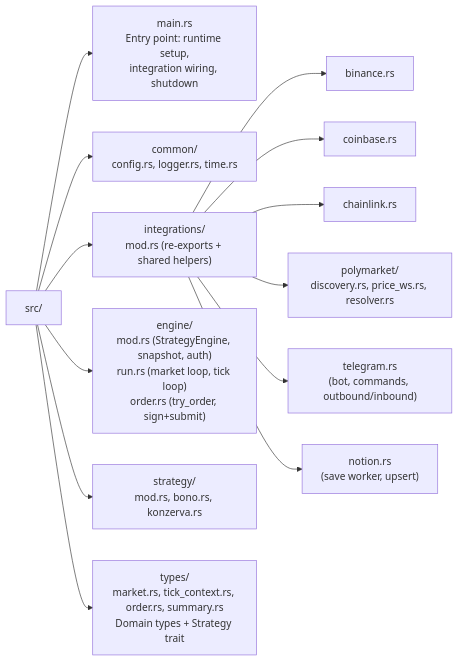
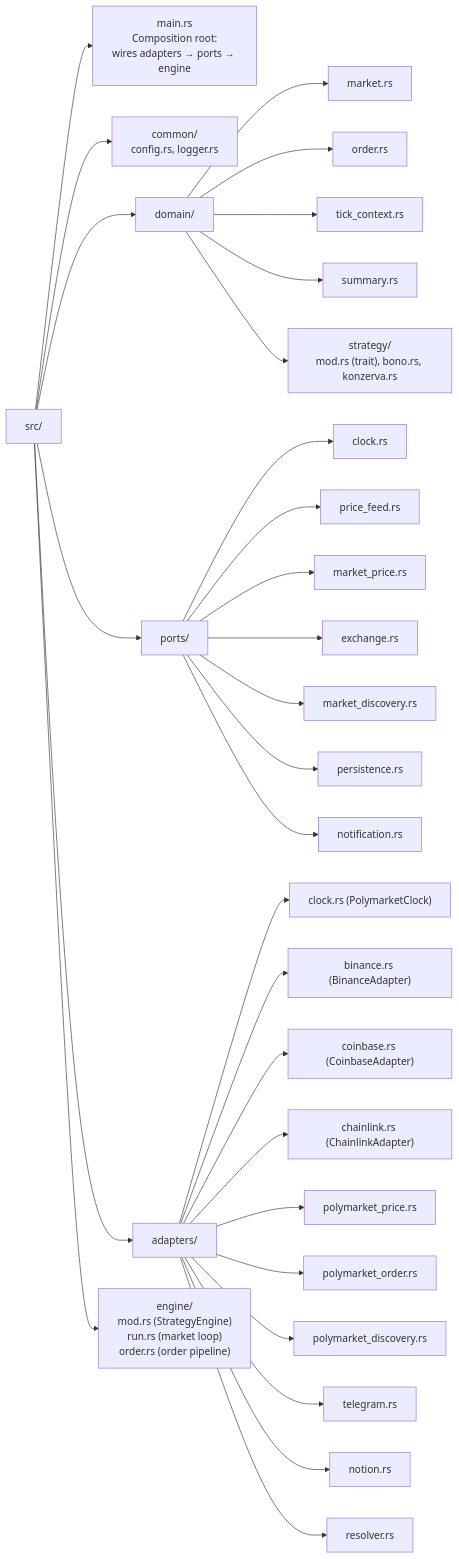
One commit to bbono/serekes changed the third of 4 diagrams in docs/ARCHITECTURE.md. Above: the diagram before and after it, drawn with Mermaid. The commit also changed other lines of this file and 40 other files, not shown here.

First line of the commit message:
Refactor to Hexagonal Architecture (ports & adapters)

````diff
--- a/docs/ARCHITECTURE.md
+++ b/docs/ARCHITECTURE.md
@@ -69,15 +114,35 @@
 ```mermaid
 graph LR
-    SRC["src/"] --> MAIN["main.rs<br/>Entry point: runtime setup,<br/>integration wiring, shutdown"]
-    SRC --> COMMON["common/<br/>config.rs, logger.rs, time.rs"]
-    SRC --> INT["integrations/<br/>mod.rs (re-exports + shared helpers)"]
-    INT --> BIN["binance.rs"]
-    INT --> CB["coinbase.rs"]
-    INT --> CL["chainlink.rs"]
-    INT --> PM["polymarket/<br/>discovery.rs, price_ws.rs, resolver.rs"]
-    INT --> TG["telegram.rs<br/>(bot, commands, outbound/inbound)"]
-    INT --> NOTION["notion.rs<br/>(save worker, upsert)"]
-    SRC --> ENG["engine/<br/>mod.rs (StrategyEngine, snapshot, auth)<br/>run.rs (market loop, tick loop)<br/>order.rs (try_order, sign+submit)"]
-    SRC --> STRAT["strategy/<br/>mod.rs, bono.rs, konzerva.rs"]
-    SRC --> TYP["types/<br/>market.rs, tick_context.rs, order.rs, summary.rs<br/>Domain types + Strategy trait"]
+    SRC["src/"] --> MAIN["main.rs<br/>Composition root:<br/>wires adapters → ports → engine"]
+    SRC --> COMMON["common/<br/>config.rs, logger.rs"]
+
+    SRC --> DOMAIN_DIR["domain/"]
+    DOMAIN_DIR --> D_MARKET["market.rs"]
+    DOMAIN_DIR --> D_ORDER["order.rs"]
+    DOMAIN_DIR --> D_TICK["tick_context.rs"]
+    DOMAIN_DIR --> D_SUMMARY["summary.rs"]
+    DOMAIN_DIR --> D_STRAT["strategy/<br/>mod.rs (trait), bono.rs, konzerva.rs"]
+
+    SRC --> PORTS_DIR["ports/"]
+    PORTS_DIR --> P_CLK["clock.rs"]
+    PORTS_DIR --> P_PF["price_feed.rs"]
+    PORTS_DIR --> P_MP["market_price.rs"]
+    PORTS_DIR --> P_EX["exchange.rs"]
+    PORTS_DIR --> P_MD["market_discovery.rs"]
+    PORTS_DIR --> P_PER["persistence.rs"]
+    PORTS_DIR --> P_NTF["notification.rs"]
+
+    SRC --> ADAPT_DIR["adapters/"]
+    ADAPT_DIR --> A_CLK2["clock.rs (PolymarketClock)"]
+    ADAPT_DIR --> A_BIN2["binance.rs (BinanceAdapter)"]
+    ADAPT_DIR --> A_CB2["coinbase.rs (CoinbaseAdapter)"]
+    ADAPT_DIR --> A_CL2["chainlink.rs (ChainlinkAdapter)"]
+    ADAPT_DIR --> A_PP2["polymarket_price.rs"]
+    ADAPT_DIR --> A_PO2["polymarket_order.rs"]
+    ADAPT_DIR --> A_PD2["polymarket_discovery.rs"]
+    ADAPT_DIR --> A_TG2["telegram.rs"]
+    ADAPT_DIR --> A_NOT2["notion.rs"]
+    ADAPT_DIR --> A_RES2["resolver.rs"]
+
+    SRC --> ENG_DIR["engine/<br/>mod.rs (StrategyEngine)<br/>run.rs (market loop)<br/>order.rs (order pipeline)"]
 ```
````
